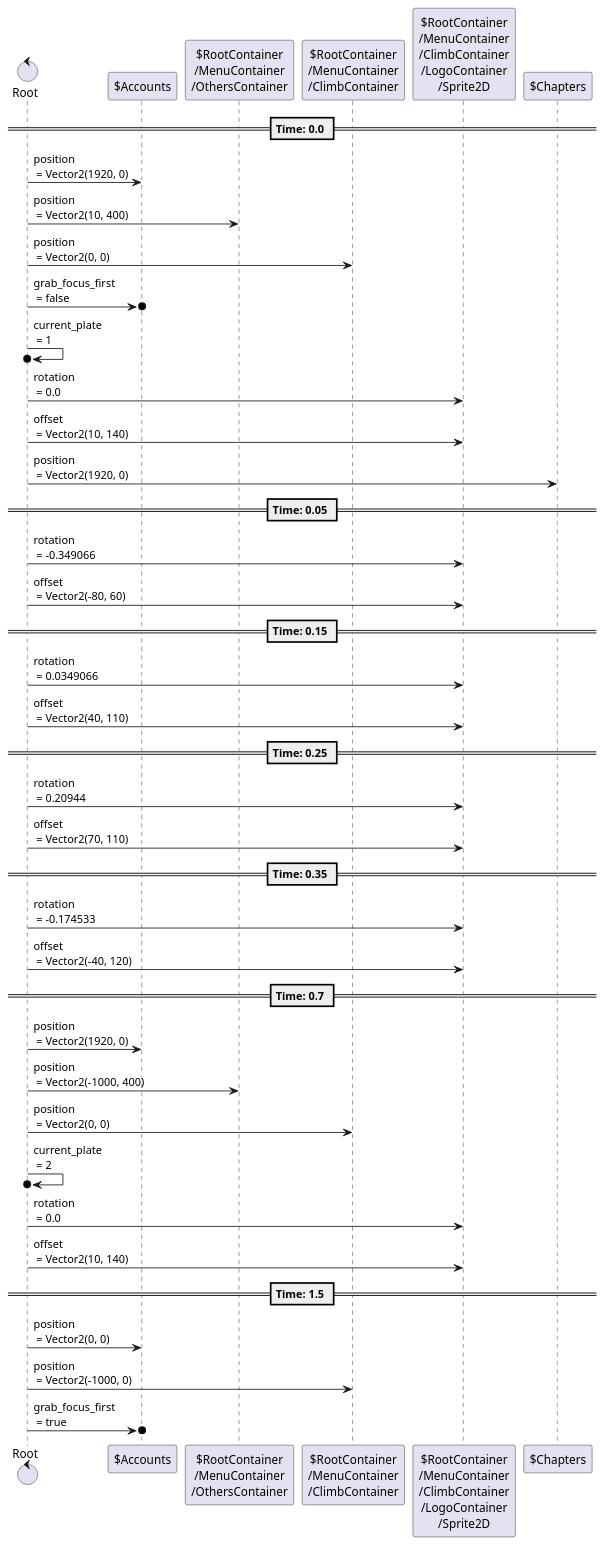
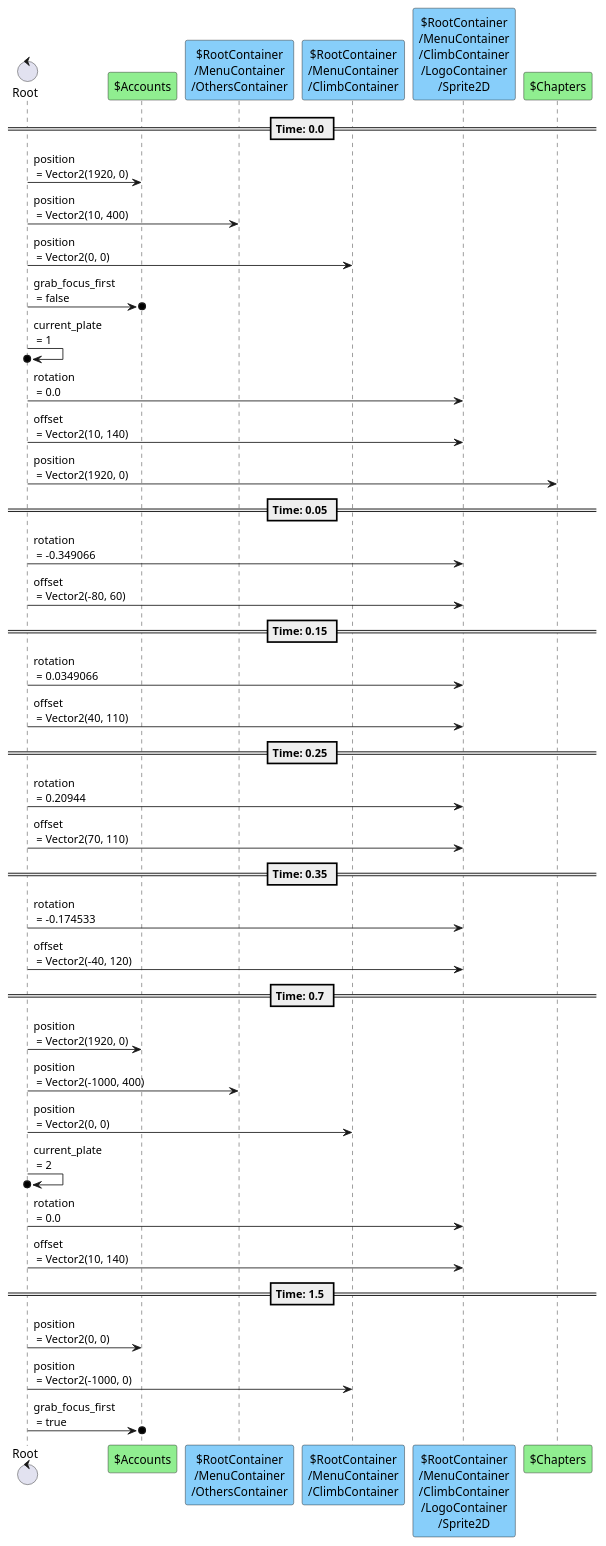
The sixth of 9 diagrams in content/scenes/src/beginning/menu/menu.tscn.adoc (tkmfujise/Platformer-Game-Learning), drawn with PlantUML before and after one commit. The commit also changed other lines of this file and 67 other files, not shown here.

```diff
--- a/content/scenes/src/beginning/menu/menu.tscn.adoc
+++ b/content/scenes/src/beginning/menu/menu.tscn.adoc
@@ -494,46 +494,46 @@
 [plantuml]
 ....
 control "Root" as R
-participant "$Accounts" as T0
-participant "$RootContainer\n/MenuContainer\n/OthersContainer" as T1
-participant "$RootContainer\n/MenuContainer\n/ClimbContainer" as T2
-participant "$RootContainer\n/MenuContainer\n/ClimbContainer\n/LogoContainer\n/Sprite2D" as T5
-participant "$Chapters" as T7
+participant "$Accounts" as T0 #90EE90
+participant "$RootContainer\n/MenuContainer\n/OthersContainer" as T1 #87CEFA
+participant "$RootContainer\n/MenuContainer\n/ClimbContainer" as T2 #87CEFA
+participant "$RootContainer\n/MenuContainer\n/ClimbContainer\n/LogoContainer\n/Sprite2D" as T5 #87CEFA
+participant "$Chapters" as T7 #90EE90
 
 
 
 == Time: 0.0 ==
 R  ->  T0 : position\n = Vector2(1920, 0)
 R  ->  T1 : position\n = Vector2(10, 400)
 R  ->  T2 : position\n = Vector2(0, 0)
 R  ->o  T0 : grab_focus_first\n = false
 R  ->o  R : current_plate\n = 1
 R  ->  T5 : rotation\n = 0.0
 R  ->  T5 : offset\n = Vector2(10, 140)
 R  ->  T7 : position\n = Vector2(1920, 0)
 == Time: 0.05 ==
 R  ->  T5 : rotation\n = -0.349066
 R  ->  T5 : offset\n = Vector2(-80, 60)
 == Time: 0.15 ==
 R  ->  T5 : rotation\n = 0.0349066
 R  ->  T5 : offset\n = Vector2(40, 110)
 == Time: 0.25 ==
 R  ->  T5 : rotation\n = 0.20944
 R  ->  T5 : offset\n = Vector2(70, 110)
 == Time: 0.35 ==
 R  ->  T5 : rotation\n = -0.174533
 R  ->  T5 : offset\n = Vector2(-40, 120)
 == Time: 0.7 ==
 R  ->  T0 : position\n = Vector2(1920, 0)
 R  ->  T1 : position\n = Vector2(-1000, 400)
 R  ->  T2 : position\n = Vector2(0, 0)
 R  ->o  R : current_plate\n = 2
 R  ->  T5 : rotation\n = 0.0
 R  ->  T5 : offset\n = Vector2(10, 140)
 == Time: 1.5 ==
 R  ->  T0 : position\n = Vector2(0, 0)
 R  ->  T2 : position\n = Vector2(-1000, 0)
 R  ->o  T0 : grab_focus_first\n = true
 
 
 ....
```
